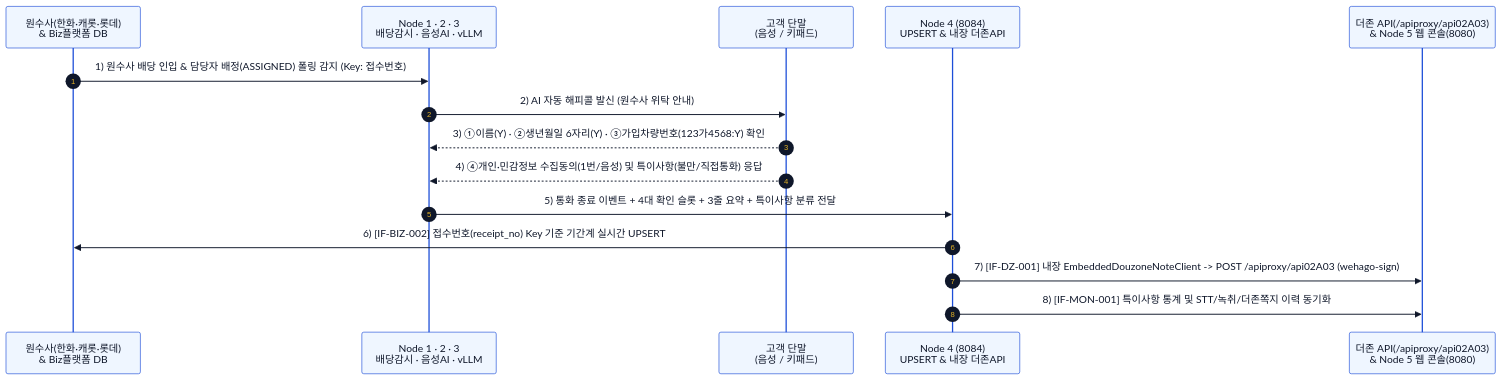
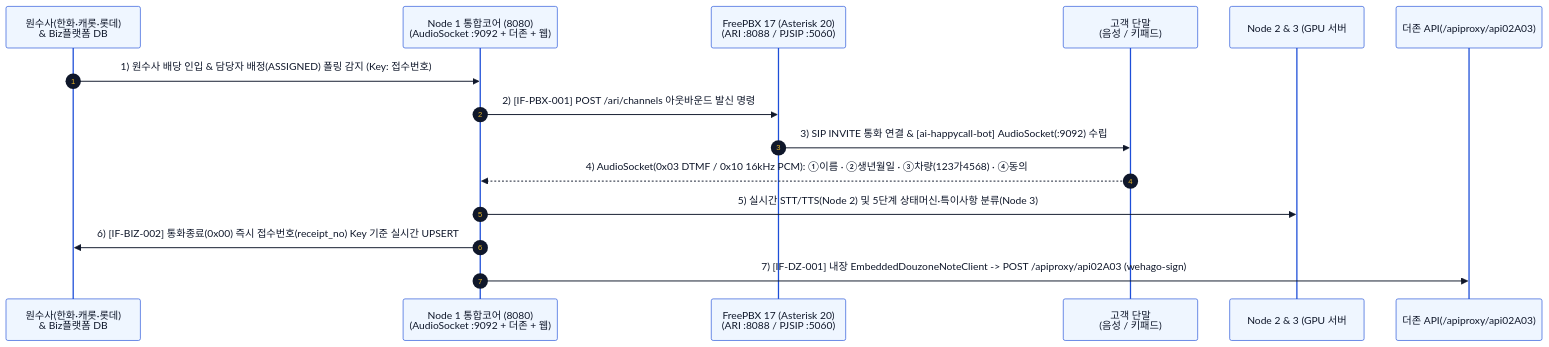
The first of 2 diagrams in dist/docs/04_AI_자동_해피콜_서비스_상세구축계획서.md (herosonsa1/AI_HappyCall), drawn with Mermaid before and after one commit. The commit also changed other lines of this file and 88 other files, not shown here.

Commit message:
feat: consolidate Node 1+4+5 into unified Node 1 Core Platform (3-Node / 2 physical servers) and add FreePBX 17 AudioSocket/ARI implementation & docs

````diff
--- a/dist/docs/04_AI_자동_해피콜_서비스_상세구축계획서.md
+++ b/dist/docs/04_AI_자동_해피콜_서비스_상세구축계획서.md
@@ -60,40 +60,40 @@
 ```mermaid
 %%{init: {
   'theme': 'base',
   'themeVariables': {
     'fontSize': '20px',
     'fontFamily': 'Pretendard, Malgun Gothic, sans-serif',
     'primaryColor': '#f8fafc',
     'primaryTextColor': '#0f172a',
     'primaryBorderColor': '#1e293b',
     'lineColor': '#1d4ed8',
     'actorBkg': '#eff6ff',
     'actorBorder': '#1d4ed8',
     'actorTextColor': '#0f172a'
   },
   'sequence': {
     'actorFontSize': 20,
     'messageFontSize': 19,
     'noteFontSize': 18,
     'width': 210,
     'height': 65,
     'boxMargin': 14
   }
 }}%%
 sequenceDiagram
     autonumber
     participant BIZ as 원수사(한화·캐롯·롯데)<br/>& Biz플랫폼 DB
-    participant N123 as Node 1 · 2 · 3<br/>배당감시 · 음성AI · vLLM
+    participant N1 as Node 1 통합코어 (8080)<br/>(AudioSocket :9092 + 더존 + 웹)
+    participant FPBX as FreePBX 17 (Asterisk 20)<br/>(ARI :8088 / PJSIP :5060)
     participant CUST as 고객 단말<br/>(음성 / 키패드)
-    participant N4 as Node 4 (8084)<br/>UPSERT & 내장 더존API
-    participant DZ_N5 as 더존 API(/apiproxy/api02A03)<br/>& Node 5 웹 콘솔(8080)
+    participant N23 as Node 2 & 3 (GPU 서버 #2)<br/>(음성AI :8082 / LLM :8083)
+    participant DZ as 더존 API(/apiproxy/api02A03)
 
-    BIZ->>N123: 1) 원수사 배당 인입 & 담당자 배정(ASSIGNED) 폴링 감지 (Key: 접수번호)
-    N123->>CUST: 2) AI 자동 해피콜 발신 (원수사 위탁 안내)
-    CUST-->>N123: 3) ①이름(Y) · ②생년월일 6자리(Y) · ③가입차량번호(123가4568:Y) 확인
-    CUST-->>N123: 4) ④개인·민감정보 수집동의(1번/음성) 및 특이사항(불만/직접통화) 응답
-    N123->>N4: 5) 통화 종료 이벤트 + 4대 확인 슬롯 + 3줄 요약 + 특이사항 분류 전달
-    N4->>BIZ: 6) [IF-BIZ-002] 접수번호(receipt_no) Key 기준 기간계 실시간 UPSERT
-    N4->>DZ_N5: 7) [IF-DZ-001] 내장 EmbeddedDouzoneNoteClient -> POST /apiproxy/api02A03 (wehago-sign)
-    N4->>DZ_N5: 8) [IF-MON-001] 특이사항 통계 및 STT/녹취/더존쪽지 이력 동기화
+    BIZ->>N1: 1) 원수사 배당 인입 & 담당자 배정(ASSIGNED) 폴링 감지 (Key: 접수번호)
+    N1->>FPBX: 2) [IF-PBX-001] POST /ari/channels 아웃바운드 발신 명령
+    FPBX->>CUST: 3) SIP INVITE 통화 연결 & [ai-happycall-bot] AudioSocket(:9092) 수립
+    CUST-->>N1: 4) AudioSocket(0x03 DTMF / 0x10 16kHz PCM): ①이름 · ②생년월일 · ③차량(123가4568) · ④동의
+    N1->>N23: 5) 실시간 STT/TTS(Node 2) 및 5단계 상태머신·특이사항 분류(Node 3)
+    N1->>BIZ: 6) [IF-BIZ-002] 통화종료(0x00) 즉시 접수번호(receipt_no) Key 기준 실시간 UPSERT
+    N1->>DZ: 7) [IF-DZ-001] 내장 EmbeddedDouzoneNoteClient -> POST /apiproxy/api02A03 (wehago-sign)
 ```
````
